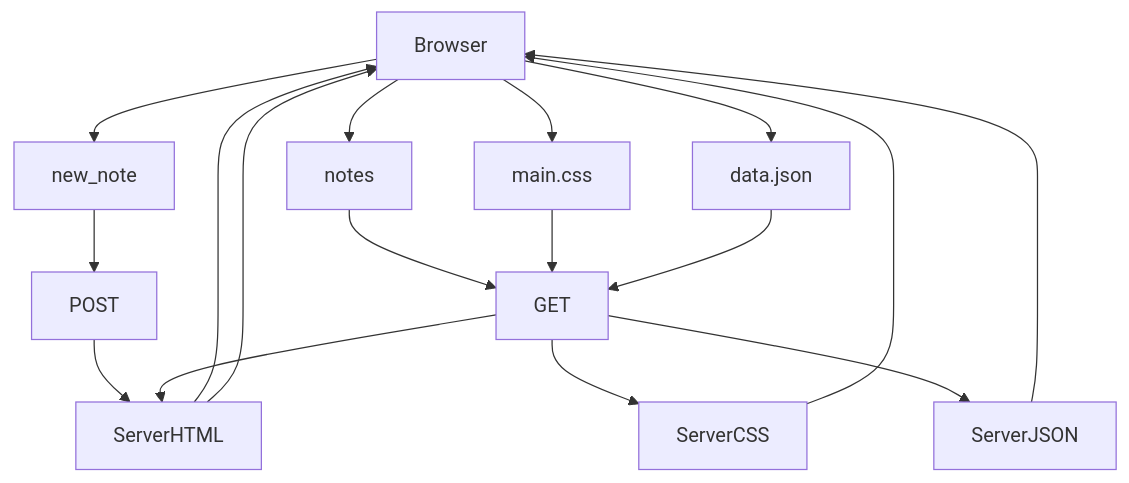
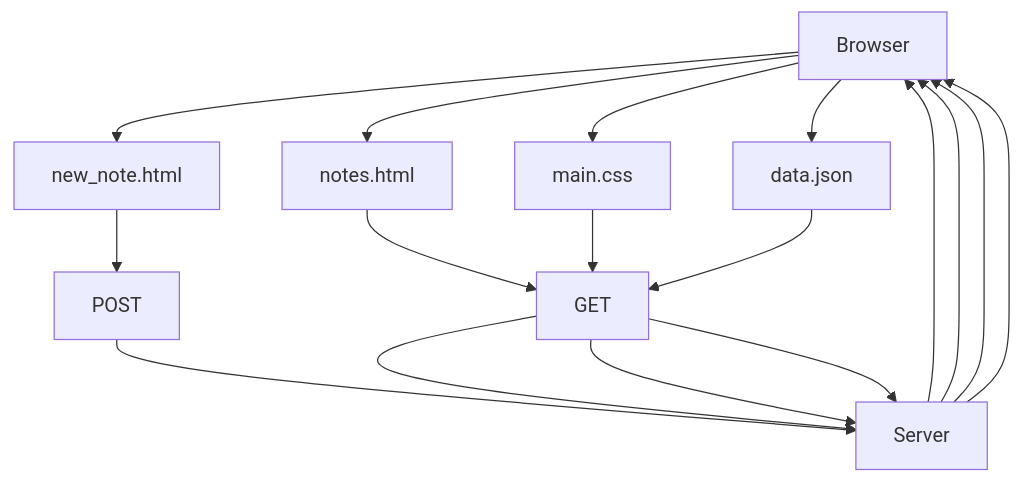
The diagram in osa0/teht0.4.md (Chyoppi/FullStackOpenCourse), drawn with Mermaid before and after one commit.

````diff
--- a/osa0/teht0.4.md
+++ b/osa0/teht0.4.md
@@ -3,7 +3,7 @@
 ```mermaid
 graph TD;
-    Browser-->new_note-->POST-->ServerHTML -->Browser;
-    Browser-->notes-->GET-->ServerHTML-->Browser;
-    Browser-->main.css-->GET-->ServerCSS-->Browser;
-    Browser-->data.json-->GET-->ServerJSON-->Browser;
+    Browser-->new_note.html-->POST-->Server -->Browser;
+    Browser-->notes.html-->GET-->Server-->Browser;
+    Browser-->main.css-->GET-->Server-->Browser;
+    Browser-->data.json-->GET-->Server-->Browser;
 ```
````
